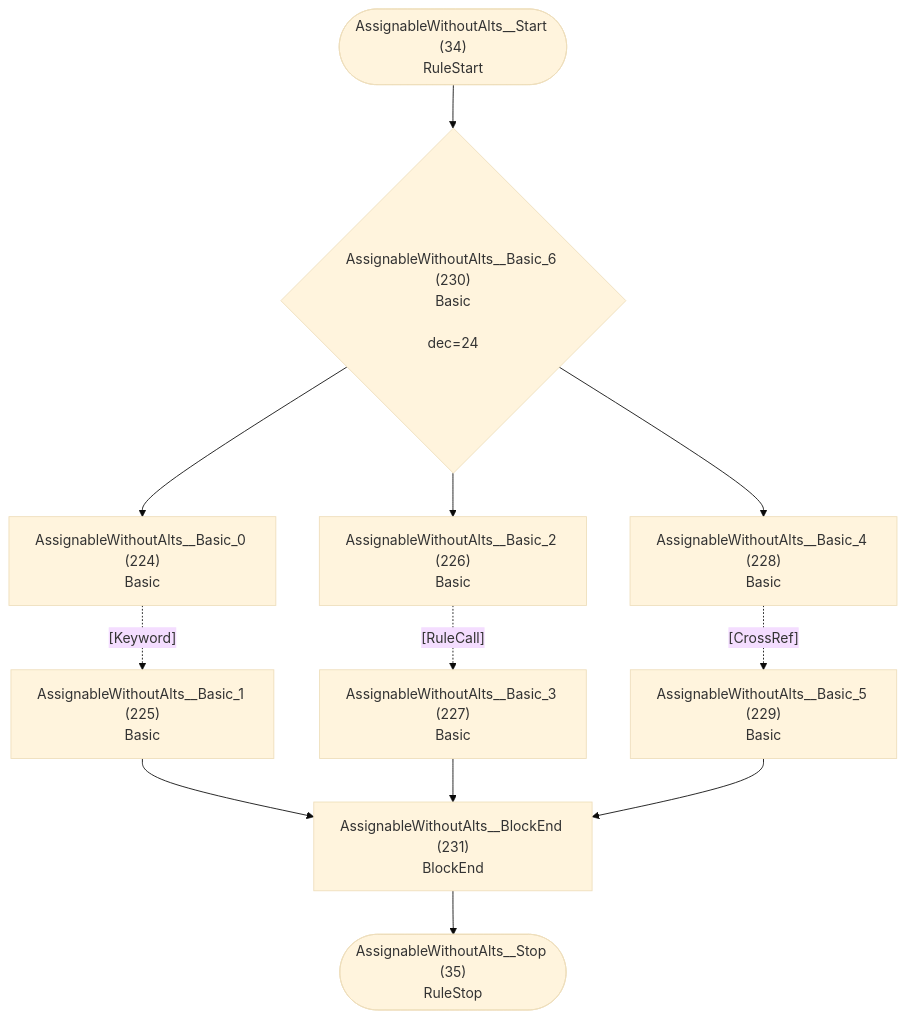
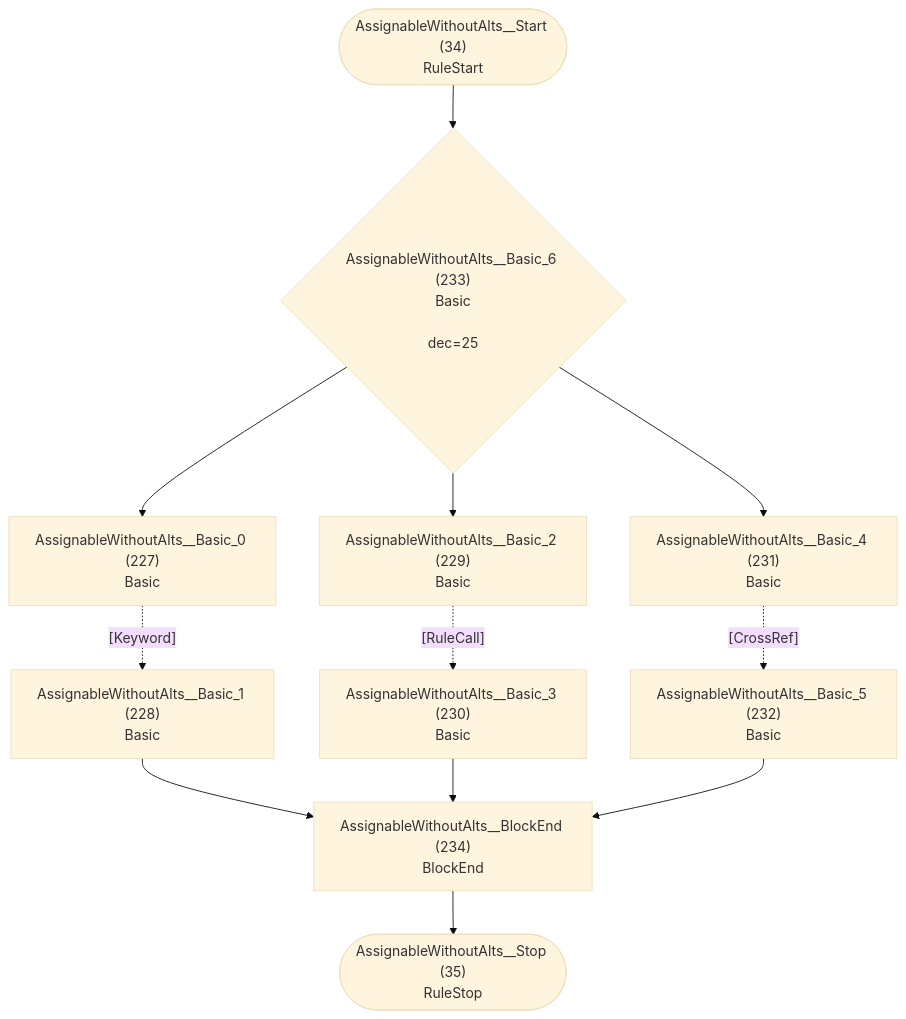
One commit to TypeFox/fastbelt changed diagram 18 of 26 in internal/grammar/atn.md. Above: the diagram before and after it, drawn with Mermaid (base theme). The commit also changed other lines of this file and 16 other files, not shown here.

````diff
--- a/internal/grammar/atn.md
+++ b/internal/grammar/atn.md
@@ -557,25 +564,25 @@
 ```mermaid
 flowchart TD
     q34(["AssignableWithoutAlts__Start (34)<br/>RuleStart"])
     q35(["AssignableWithoutAlts__Stop (35)<br/>RuleStop"])
-    q224["AssignableWithoutAlts__Basic_0 (224)<br/>Basic<br/>"]
-    q225["AssignableWithoutAlts__Basic_1 (225)<br/>Basic<br/>"]
-    q226["AssignableWithoutAlts__Basic_2 (226)<br/>Basic<br/>"]
-    q227["AssignableWithoutAlts__Basic_3 (227)<br/>Basic<br/>"]
-    q228["AssignableWithoutAlts__Basic_4 (228)<br/>Basic<br/>"]
-    q229["AssignableWithoutAlts__Basic_5 (229)<br/>Basic<br/>"]
-    q230{"AssignableWithoutAlts__Basic_6 (230)<br/>Basic<br/><br/>dec=24"}
-    q231["AssignableWithoutAlts__BlockEnd (231)<br/>BlockEnd<br/>"]
+    q227["AssignableWithoutAlts__Basic_0 (227)<br/>Basic<br/>"]
+    q228["AssignableWithoutAlts__Basic_1 (228)<br/>Basic<br/>"]
+    q229["AssignableWithoutAlts__Basic_2 (229)<br/>Basic<br/>"]
+    q230["AssignableWithoutAlts__Basic_3 (230)<br/>Basic<br/>"]
+    q231["AssignableWithoutAlts__Basic_4 (231)<br/>Basic<br/>"]
+    q232["AssignableWithoutAlts__Basic_5 (232)<br/>Basic<br/>"]
+    q233{"AssignableWithoutAlts__Basic_6 (233)<br/>Basic<br/><br/>dec=25"}
+    q234["AssignableWithoutAlts__BlockEnd (234)<br/>BlockEnd<br/>"]
 
-    q34 --> q230
-    q224 -.->|"[Keyword]"| q225
-    q225 --> q231
-    q226 -.->|"[RuleCall]"| q227
-    q227 --> q231
-    q228 -.->|"[CrossRef]"| q229
-    q229 --> q231
-    q230 --> q224
-    q230 --> q226
-    q230 --> q228
-    q231 --> q35
+    q34 --> q233
+    q227 -.->|"[Keyword]"| q228
+    q228 --> q234
+    q229 -.->|"[RuleCall]"| q230
+    q230 --> q234
+    q231 -.->|"[CrossRef]"| q232
+    q232 --> q234
+    q233 --> q227
+    q233 --> q229
+    q233 --> q231
+    q234 --> q35
 ```
````
